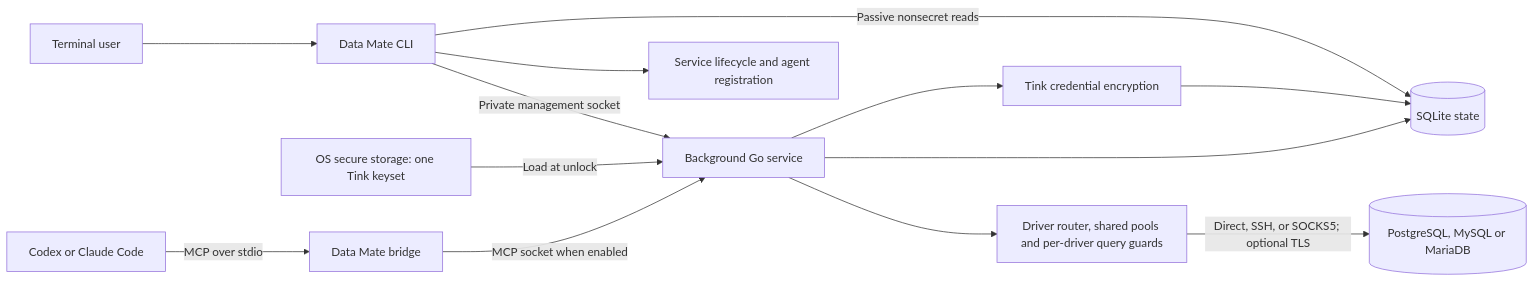
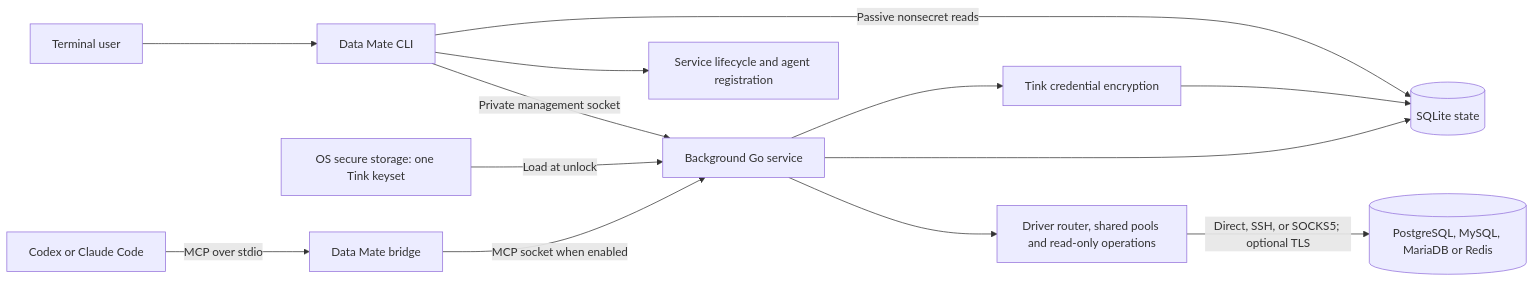
One commit to swqa7697/data-mate changed the diagram in specs/DESIGN.md. Above: the diagram before and after it, drawn with Mermaid. The commit also changed other lines of this file and 52 other files, not shown here.

First line of the commit message:
feat(database): add read-only support for standalone redis

````diff
--- a/specs/DESIGN.md
+++ b/specs/DESIGN.md
@@ -24,15 +24,15 @@
 ```mermaid
 flowchart LR
     User[Terminal user] --> CLI[Data Mate CLI]
     CLI -->|Private management socket| Service[Background Go service]
     CLI --> Lifecycle[Service lifecycle and agent registration]
     CLI -->|Passive nonsecret reads| Store[(SQLite state)]
     Keychain[OS secure storage: one Tink keyset] -->|Load at unlock| Service
     Agent[Codex or Claude Code] -->|MCP over stdio| Bridge[Data Mate bridge]
     Bridge -->|MCP socket when enabled| Service
     Service --> Vault[Tink credential encryption]
     Vault --> Store
     Service --> Store
-    Service --> Driver[Driver router, shared pools and per-driver query guards]
-    Driver -->|Direct, SSH, or SOCKS5; optional TLS| DB[(PostgreSQL, MySQL or MariaDB)]
+    Service --> Driver[Driver router, shared pools and read-only operations]
+    Driver -->|Direct, SSH, or SOCKS5; optional TLS| DB[(PostgreSQL, MySQL, MariaDB or Redis)]
 ```
````
